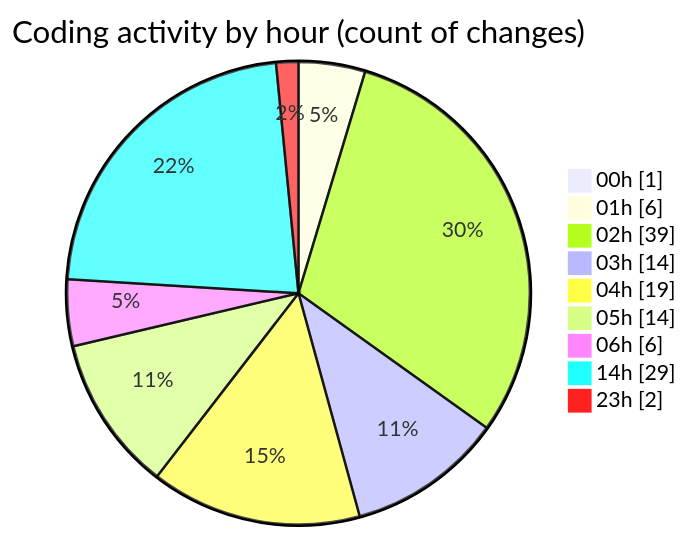
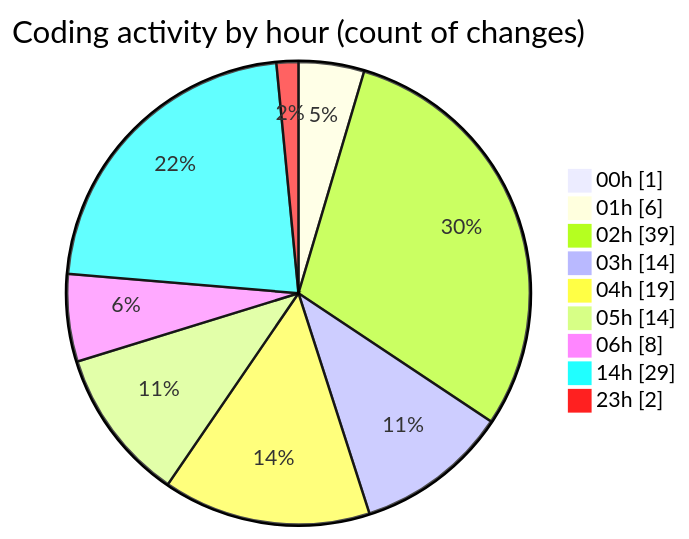
One commit to charlie-sans/code-tracking changed the second of 2 diagrams in 2025-02-19/masm/README.md. Above: the diagram before and after it, drawn with Mermaid. The commit also changed other lines of this file and 1 other file, not shown here.

````diff
--- a/2025-02-19/masm/README.md
+++ b/2025-02-19/masm/README.md
@@ -53,13 +53,13 @@
 ```mermaid
 pie showData
 title Coding activity by hour (count of changes)
 "00h" : 1
 "01h" : 6
 "02h" : 39
 "03h" : 14
 "04h" : 19
 "05h" : 14
-"06h" : 6
+"06h" : 8
 "14h" : 29
 "23h" : 2
 ```
````
